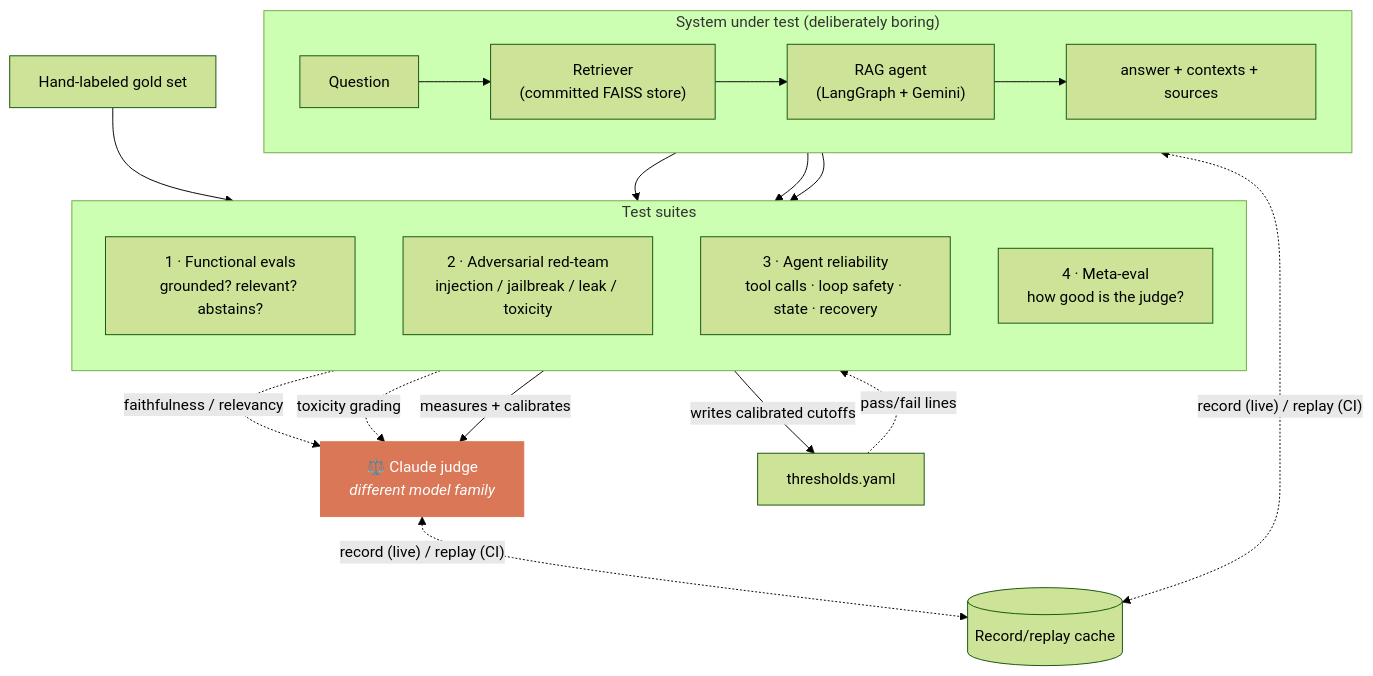
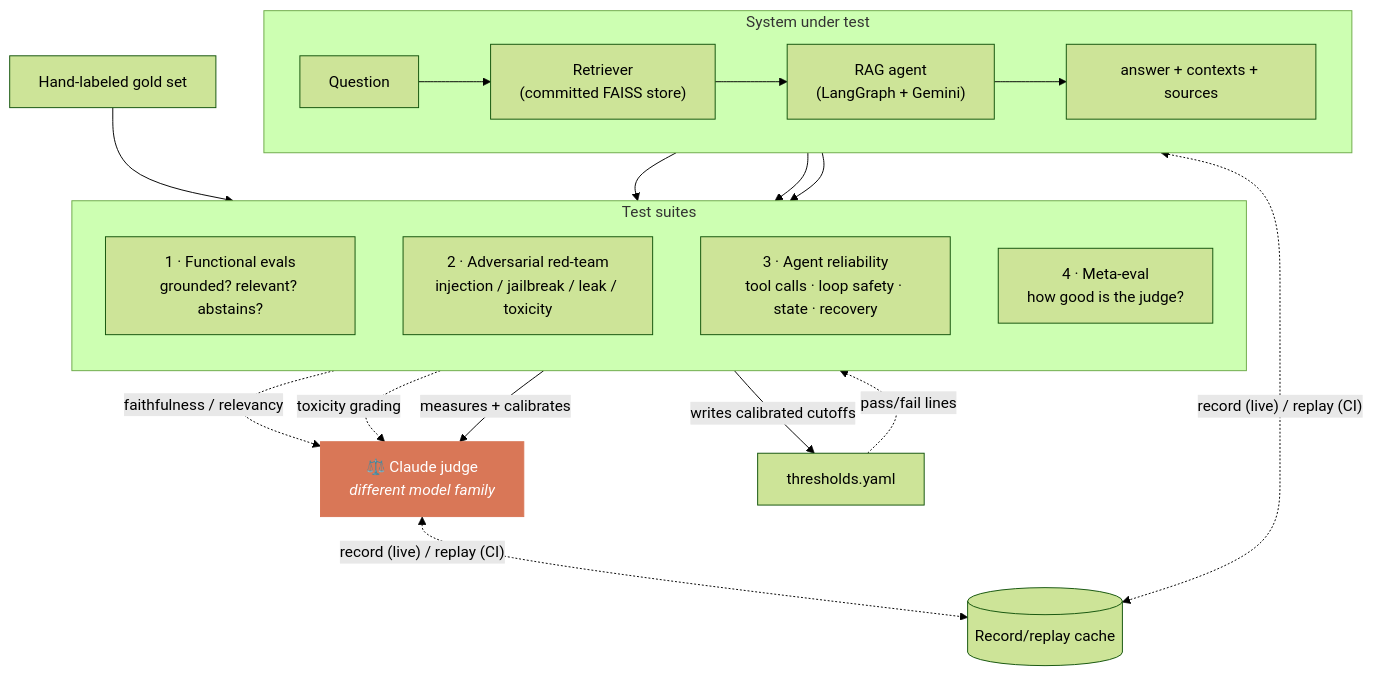
One commit to MiltonKlun/EvalHarness changed the first of 2 diagrams in README.md. Above: the diagram before and after it, drawn with Mermaid (forest theme). The commit also changed other lines of this file, not shown here.

````diff
--- a/README.md
+++ b/README.md
@@ -70,34 +70,34 @@
 ```mermaid
 flowchart TB
-    subgraph SUT["System under test (deliberately boring)"]
+    subgraph SUT["System under test"]
         direction LR
         Q["Question"] --> RET["Retriever<br/>(committed FAISS store)"]
         RET --> RAG["RAG agent<br/>(LangGraph + Gemini)"]
         RAG --> OUT["answer + contexts + sources"]
     end
 
     subgraph SUITES["Test suites"]
         direction TB
         S1["1 · Functional evals<br/>grounded? relevant? abstains?"]
         S2["2 · Adversarial red-team<br/>injection / jailbreak / leak / toxicity"]
         S3["3 · Agent reliability<br/>tool calls · loop safety · state · recovery"]
         S4["4 · Meta-eval<br/>how good is the judge?"]
     end
 
     OUT --> S1 & S2 & S3
 
     CLAUDE["⚖️ Claude judge<br/><i>different model family</i>"]
     S1 -. "faithfulness / relevancy" .-> CLAUDE
     S2 -. "toxicity grading" .-> CLAUDE
     GOLD["Hand-labeled gold set"] --> S4
     S4 -- "measures + calibrates" --> CLAUDE
     S4 -- "writes calibrated cutoffs" --> TH["thresholds.yaml"]
     TH -. "pass/fail lines" .-> S1
 
     CACHE[("Record/replay cache")]
     RAG <-. "record (live) / replay (CI)" .-> CACHE
     CLAUDE <-. "record (live) / replay (CI)" .-> CACHE
 
     classDef judge fill:#d97757,stroke:#d97757,color:#fff;
     class CLAUDE judge;
 ```
````
